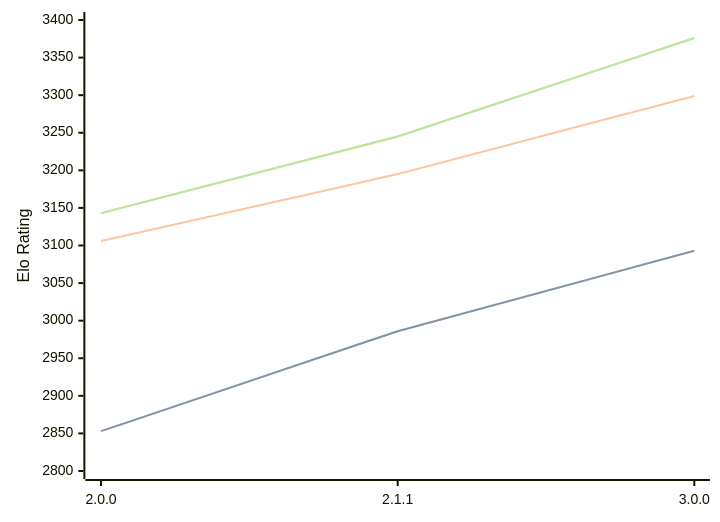
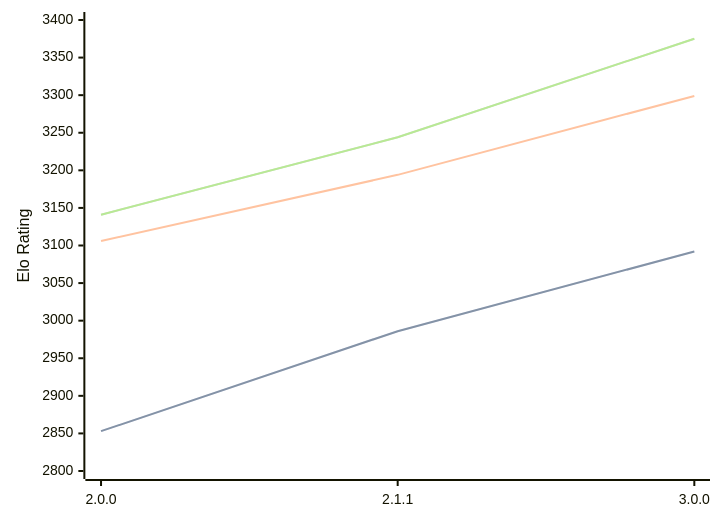
The diagram in engines/Bread.md (computer-chess-index/cci), drawn with Mermaid before and after one commit. The commit also changed other lines of this file, not shown here.

Commit message:
Update CCI Ratings (ELO VLTC) - 2026-07-27

````diff
--- a/engines/Bread.md
+++ b/engines/Bread.md
@@ -53,11 +53,11 @@
 ```mermaid
 %%{init: {"theme":"base","themeVariables":{"seriesColors:['#a3a3a3','#222221','#faa371']}}}%%
 xychart-beta
   x-axis ["2.0.0", "2.1.1", "3.0.0"]
   y-axis "Elo Rating" 2800 --> 3400
-  line "STC (8.0+0.08s)" [2853, 2986, 3093]
-  line "STC (8.0+0.08s)" [2853, 2986, 3093]
-  line "LTC (60.0+0.60s)" [3106, 3195, 3299]
-  line "VLTC (2m24s+1.12s)" [3143, 3245, 3376]
-  line "VLTC (2m24s+1.12s)" [3143, 3245, 3376]
+  line "STC (8.0+0.08s)" [2853, 2986, 3092]
+  line "STC (8.0+0.08s)" [2853, 2986, 3092]
+  line "LTC (60.0+0.60s)" [3106, 3194, 3299]
+  line "VLTC (2m24s+1.12s)" [3141, 3244, 3375]
+  line "VLTC (2m24s+1.12s)" [3141, 3244, 3375]
 ```
````
